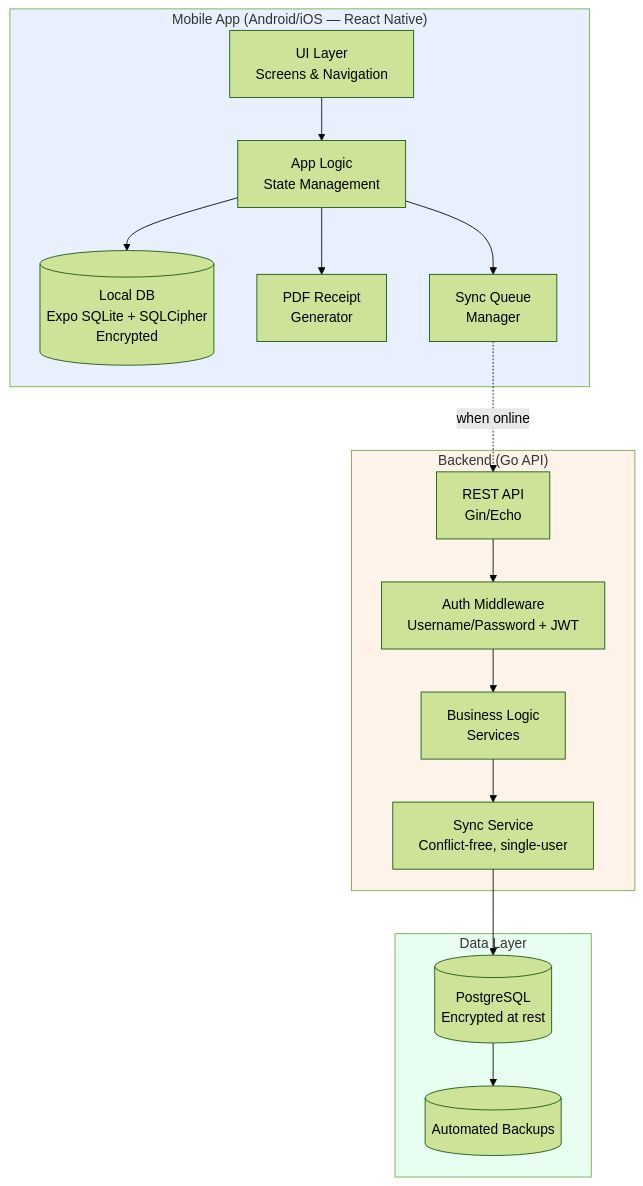
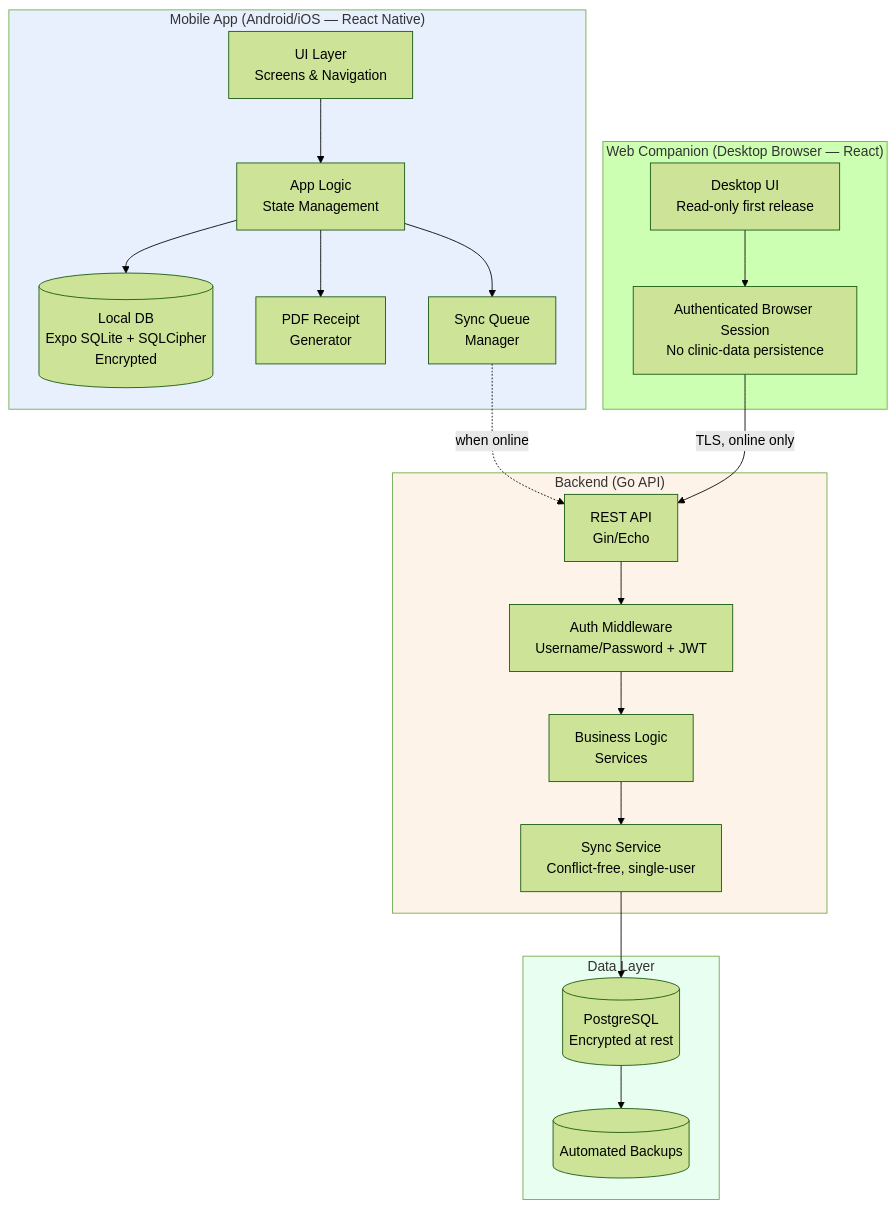
One commit to fandykun/cito-mobile changed the second of 5 diagrams in docs/erd.md. Above: the diagram before and after it, drawn with Mermaid (forest theme). The commit also changed other lines of this file and 2 other files, not shown here.

Commit message:
docs(product): define desktop web companion
- Scope Cito Clinic Console as an authenticated read-only desktop companion

- Keep the production web client and prototype isolated within the monorepo

- Verified with git diff --check and documentation link/fence checks

````diff
--- a/docs/erd.md
+++ b/docs/erd.md
@@ -170,37 +170,44 @@
 ```mermaid
 flowchart TB
     subgraph Mobile["Mobile App (Android/iOS — React Native)"]
         UI[UI Layer<br/>Screens & Navigation]
         LOGIC[App Logic<br/>State Management]
         LOCALDB[(Local DB<br/>Expo SQLite + SQLCipher<br/>Encrypted)]
         PDFGEN[PDF Receipt<br/>Generator]
         SYNCQ[Sync Queue<br/>Manager]
+    end
+
+    subgraph Web["Web Companion (Desktop Browser — React)"]
+        WEBUI[Desktop UI<br/>Read-only first release]
+        WEBSESSION[Authenticated Browser Session<br/>No clinic-data persistence]
     end
 
     subgraph Backend["Backend (Go API)"]
         API[REST API<br/>Gin/Echo]
         AUTH[Auth Middleware<br/>Username/Password + JWT]
         BIZLOGIC[Business Logic<br/>Services]
         SYNCSVC[Sync Service<br/>Conflict-free, single-user]
     end
 
     subgraph Data["Data Layer"]
         PG[(PostgreSQL<br/>Encrypted at rest)]
         BACKUP[(Automated Backups)]
     end
 
     UI --> LOGIC
     LOGIC --> LOCALDB
     LOGIC --> PDFGEN
     LOGIC --> SYNCQ
     SYNCQ -.->|when online| API
+    WEBUI --> WEBSESSION
+    WEBSESSION -->|TLS, online only| API
     API --> AUTH
     AUTH --> BIZLOGIC
     BIZLOGIC --> SYNCSVC
     SYNCSVC --> PG
     PG --> BACKUP
 
     style Mobile fill:#e8f0fe
     style Backend fill:#fef3e8
     style Data fill:#e8fef0
 ```
````
